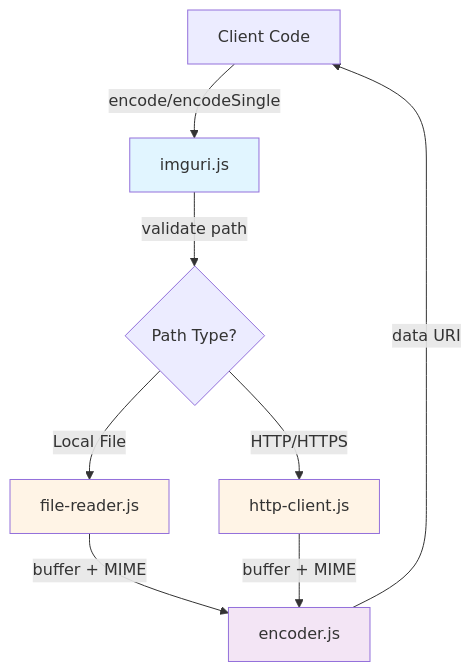
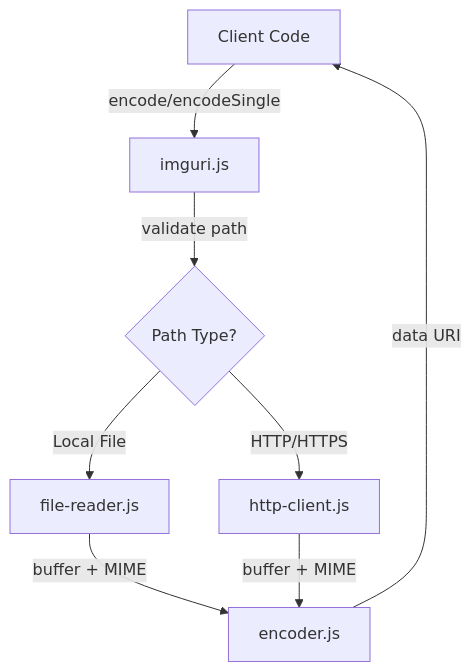
Before and after one commit to vnykmshr/imguri: the first of 2 diagrams in docs/TECHNICAL_BLOG.md, drawn with Mermaid.

Commit message:
fix: update Mermaid diagram syntax for GitHub compatibility
Changed graph TD to flowchart TD and removed style commands that
were causing rendering errors on GitHub.

````diff
--- a/docs/TECHNICAL_BLOG.md
+++ b/docs/TECHNICAL_BLOG.md
@@ -37,15 +37,10 @@
 ```mermaid
-graph TD
+flowchart TD
     A[Client Code] -->|encode/encodeSingle| B[imguri.js]
     B -->|validate path| C{Path Type?}
     C -->|Local File| D[file-reader.js]
     C -->|HTTP/HTTPS| E[http-client.js]
     D -->|buffer + MIME| F[encoder.js]
     E -->|buffer + MIME| F
     F -->|data URI| A
-
-    style B fill:#e1f5ff
-    style D fill:#fff4e6
-    style E fill:#fff4e6
-    style F fill:#f3e5f5
 ```
````
